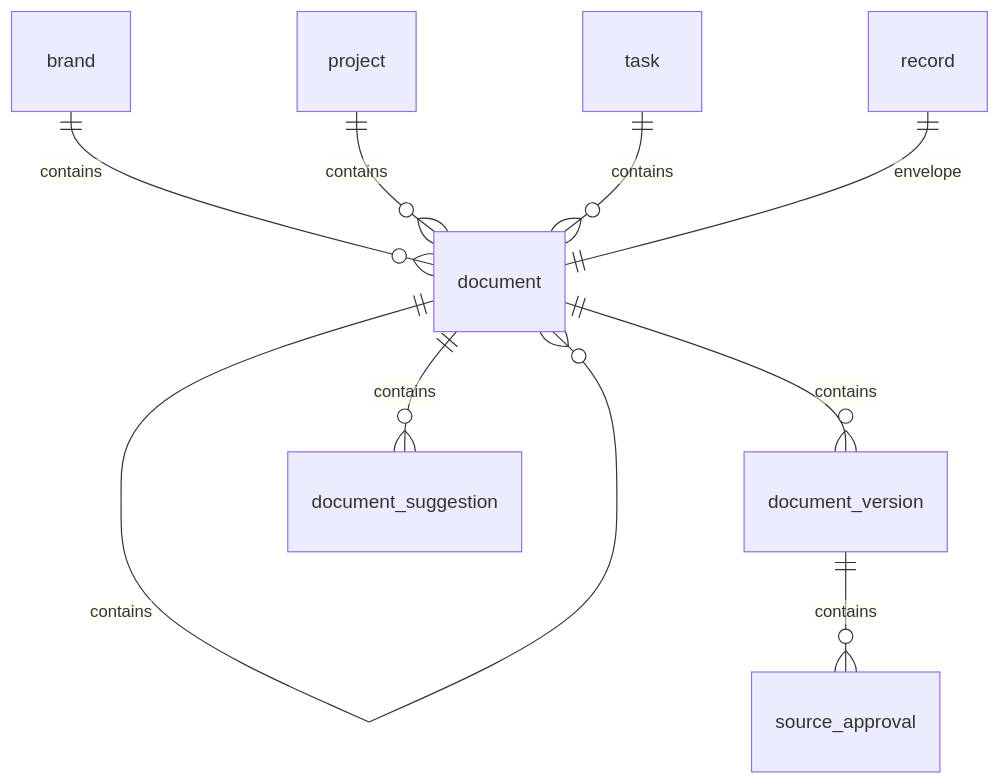
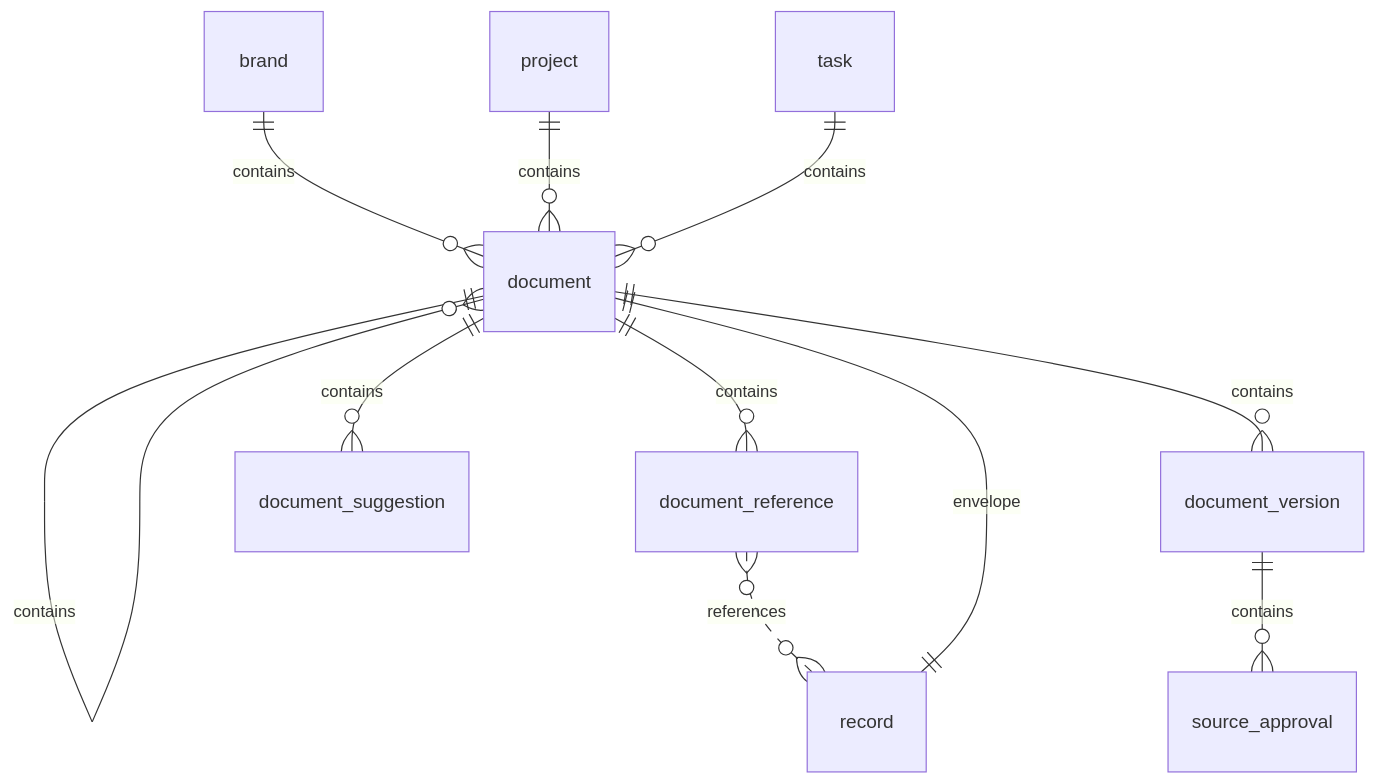
One commit to KatrielMoses/pm changed diagram 17 of 30 in docs/architecture/data/generated/er-diagrams.md. Above: the diagram before and after it, drawn with Mermaid. The commit also changed 42 other files, not shown here.

````diff
--- a/docs/architecture/data/generated/er-diagrams.md
+++ b/docs/architecture/data/generated/er-diagrams.md
@@ -254,11 +254,13 @@
 ```mermaid
 erDiagram
   brand ||--o{ document : "contains"
   project ||--o{ document : "contains"
   task ||--o{ document : "contains"
   document ||--o{ document : "contains"
   record ||--|| document : "envelope"
+  document ||--o{ document_reference : "contains"
+  document_reference }o..o{ record : "references"
   document ||--o{ document_version : "contains"
   document_version ||--o{ source_approval : "contains"
   document ||--o{ document_suggestion : "contains"
 ```
````
